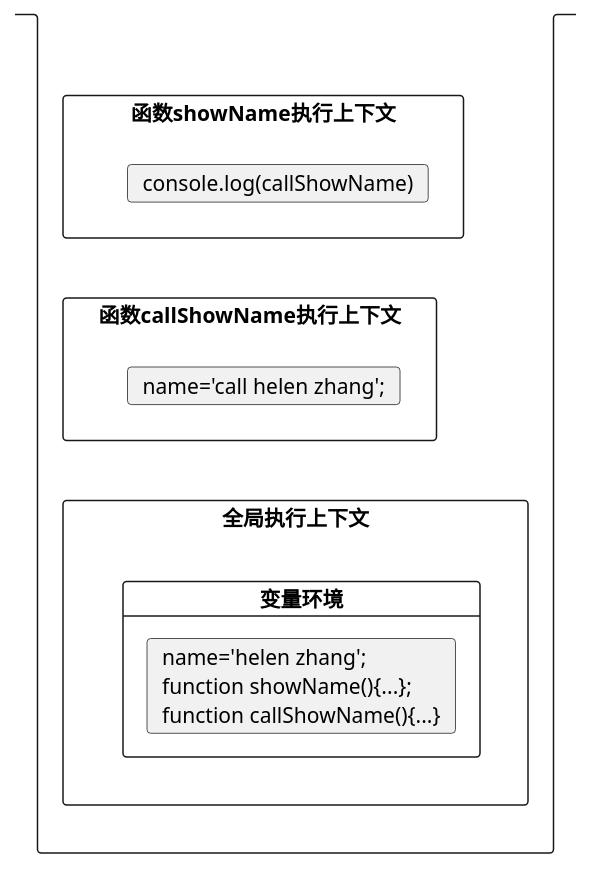
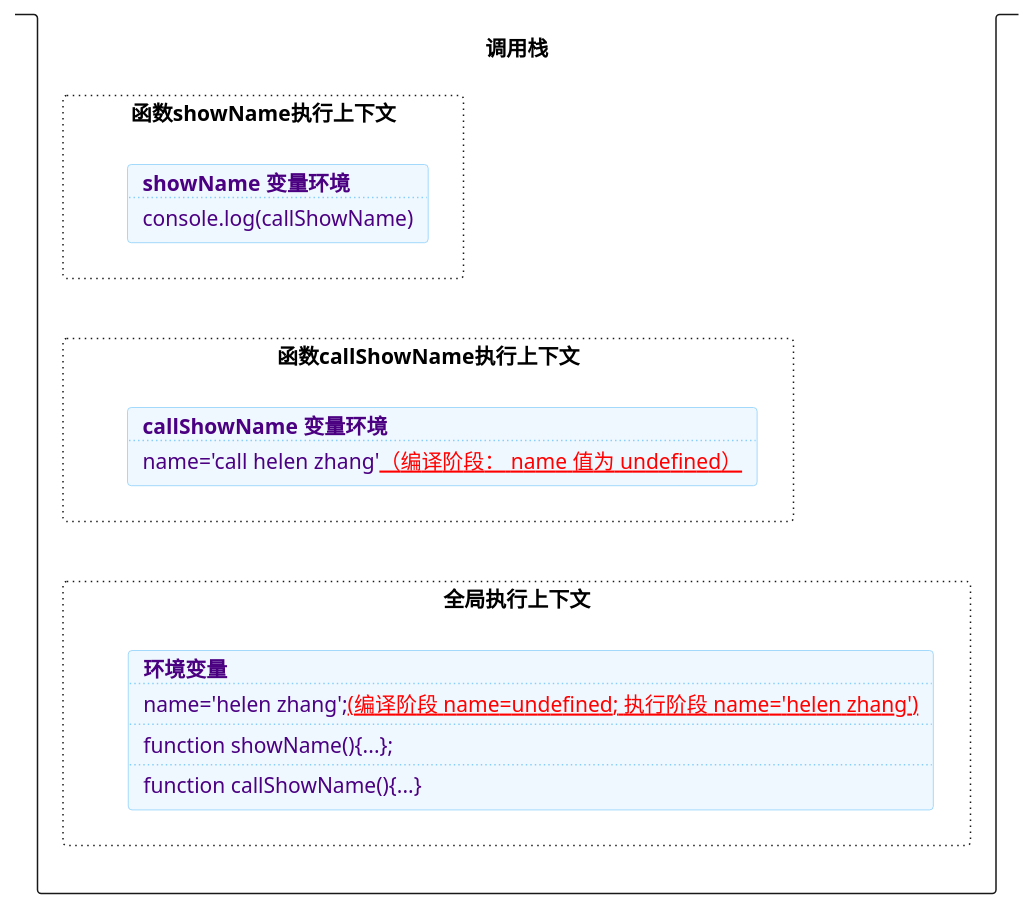
The fourth of 11 diagrams in source/_posts/浏览器工作原理——Javascript执行机制.md (HelenZhangLP/blog), drawn with PlantUML before and after one commit. The commit also changed other lines of this file and 122 other files, not shown here.

```diff
--- a/source/_posts/浏览器工作原理——Javascript执行机制.md
+++ b/source/_posts/浏览器工作原理——Javascript执行机制.md
@@ -170,18 +196,32 @@
 {%plantuml%}
-stack " " {
-  rectangle "函数showName执行上下文" as showName {
-    card "console.log(callShowName)"
+stack "调用栈" {
+  rectangle "函数showName执行上下文" as showName #line.dotted {
+    card variableEnvironmentForShowName #aliceBlue;line:LightSkyBlue;text:indigo [
+      <b>showName 变量环境
+      ....
+      console.log(callShowName)
+    ]
   }
-  rectangle "函数callShowName执行上下文" as callShowName {
-    card "name='call helen zhang';"
+  rectangle "函数callShowName执行上下文" as callShowName #line.dotted {
+    card variableEnvironmentForCallShowName #aliceBlue;line:lightSkyBlue;text:indigo [
+      <b>callShowName 变量环境
+      ....
+      name='call helen zhang'<color:red><u>（编译阶段： name 值为 undefined）</u></color>
+    ]
   }
-  rectangle "全局执行上下文" as globalExecutorContext {
-    card "变量环境" as variableEnvironment {
-      card "name='helen zhang';\nfunction showName(){...};\nfunction callShowName(){...}"
-    }
+  rectangle "全局执行上下文" as globalExecutorContext #line.dotted {
+    card variableEnvironment #aliceblue;line:lightSkyBlue;text:indigo; [
+      **环境变量**
+      ....
+      name='helen zhang';<u><color:red>(编译阶段 name=undefined; 执行阶段 name='helen zhang')</color></u>
+      ....
+      function showName(){...};
+      ....
+      function callShowName(){...}
+    ]
   }
 
   showName -[#transparent]->callShowName
   callShowName -[#transparent]->globalExecutorContext
 }
 {%endplantuml%}
```
